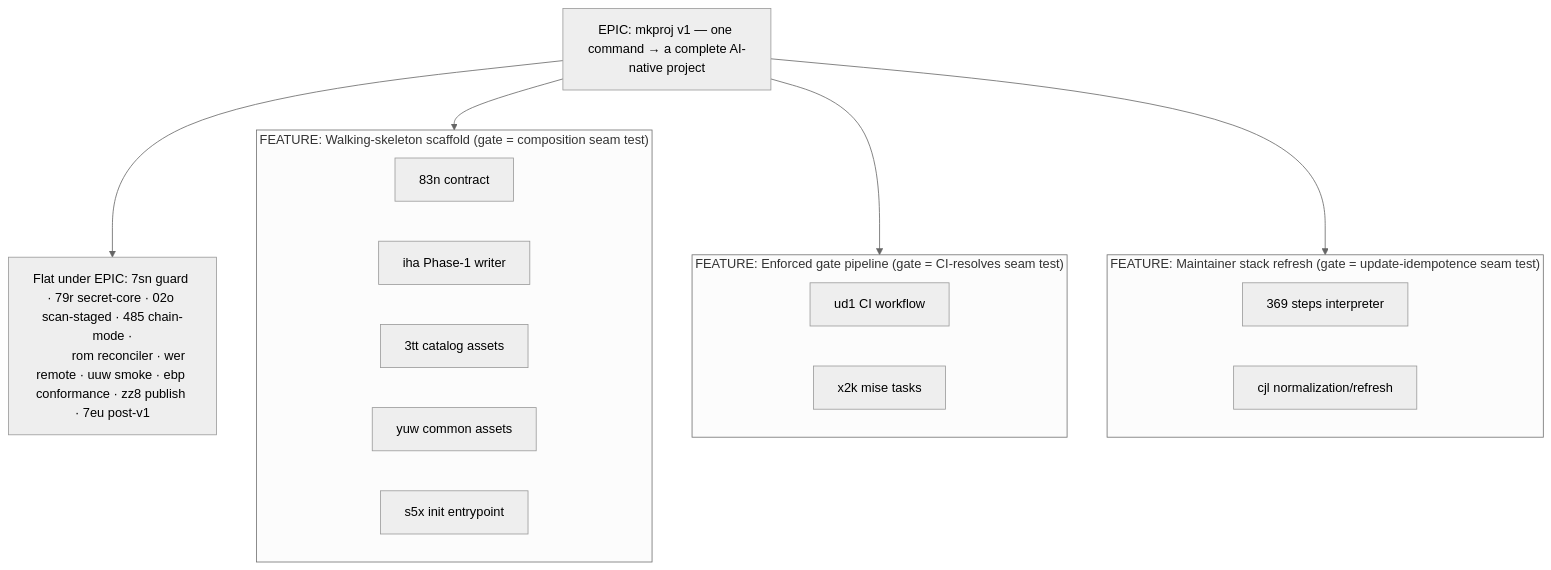
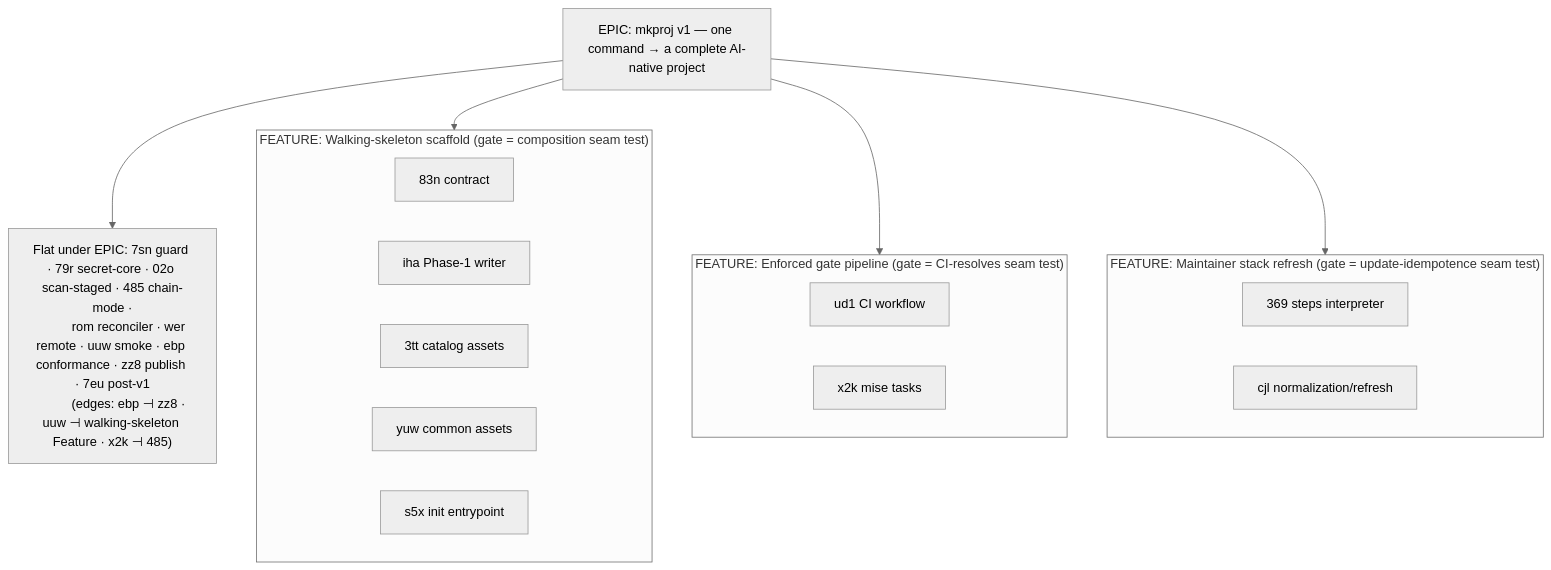
The second of 2 diagrams in docs/SPEC.md (AvogadroSG1/agentic_template_start), drawn with Mermaid (neutral theme) before and after one commit.

Commit message:
checkpoint: edit docs/SPEC.md [claude-auto]

````diff
--- a/docs/SPEC.md
+++ b/docs/SPEC.md
@@ -725,19 +725,20 @@
 ```mermaid
 flowchart TD
     EPIC["EPIC: mkproj v1 — one command → a complete AI-native project"]
 
     subgraph F1["FEATURE: Walking-skeleton scaffold (gate = composition seam test)"]
         S83["83n contract"] & SIHA["iha Phase-1 writer"] & S3TT["3tt catalog assets"] & SYUW["yuw common assets"] & SS5X["s5x init entrypoint"]
     end
     subgraph F2["FEATURE: Enforced gate pipeline (gate = CI-resolves seam test)"]
         SUD1["ud1 CI workflow"] & SX2K["x2k mise tasks"]
     end
     subgraph F3["FEATURE: Maintainer stack refresh (gate = update-idempotence seam test)"]
         S369["369 steps interpreter"] & SCJL["cjl normalization/refresh"]
     end
 
     FLAT["Flat under EPIC: 7sn guard · 79r secret-core · 02o scan-staged · 485 chain-mode ·
-          rom reconciler · wer remote · uuw smoke · ebp conformance · zz8 publish · 7eu post-v1"]
+          rom reconciler · wer remote · uuw smoke · ebp conformance · zz8 publish · 7eu post-v1
+          (edges: ebp ⊣ zz8 · uuw ⊣ walking-skeleton Feature · x2k ⊣ 485)"]
 
     EPIC --> F1 & F2 & F3 & FLAT
 ```
````
